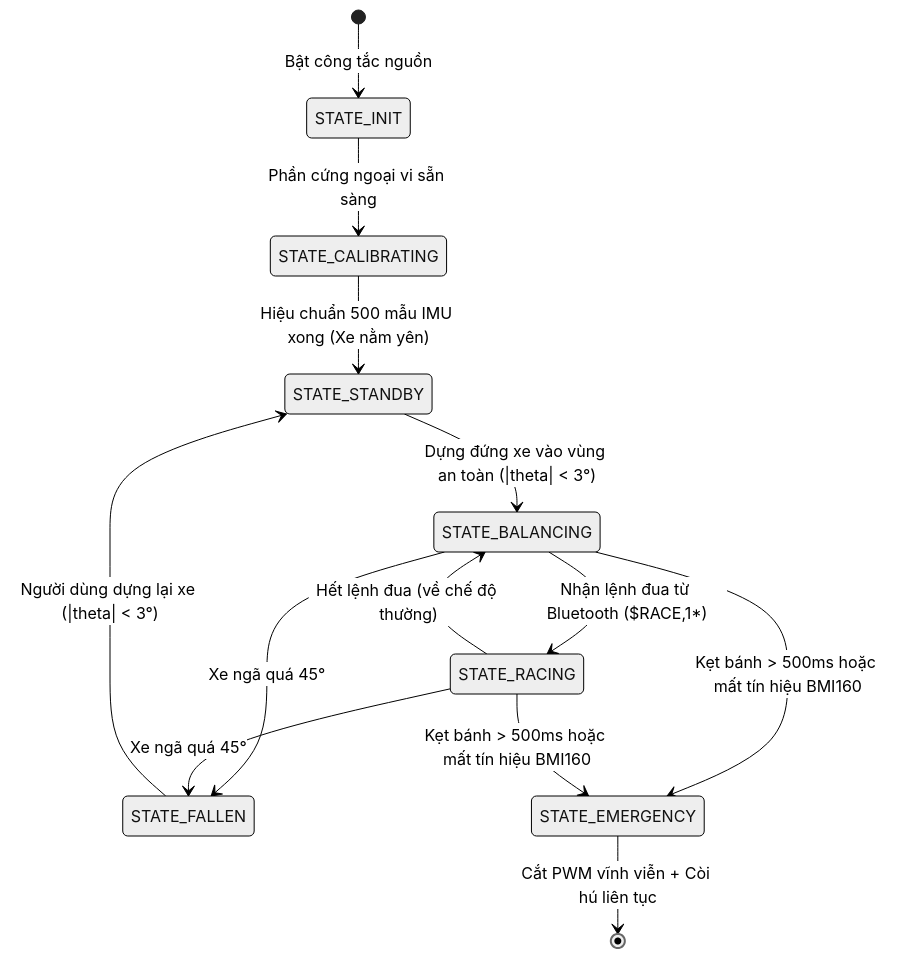
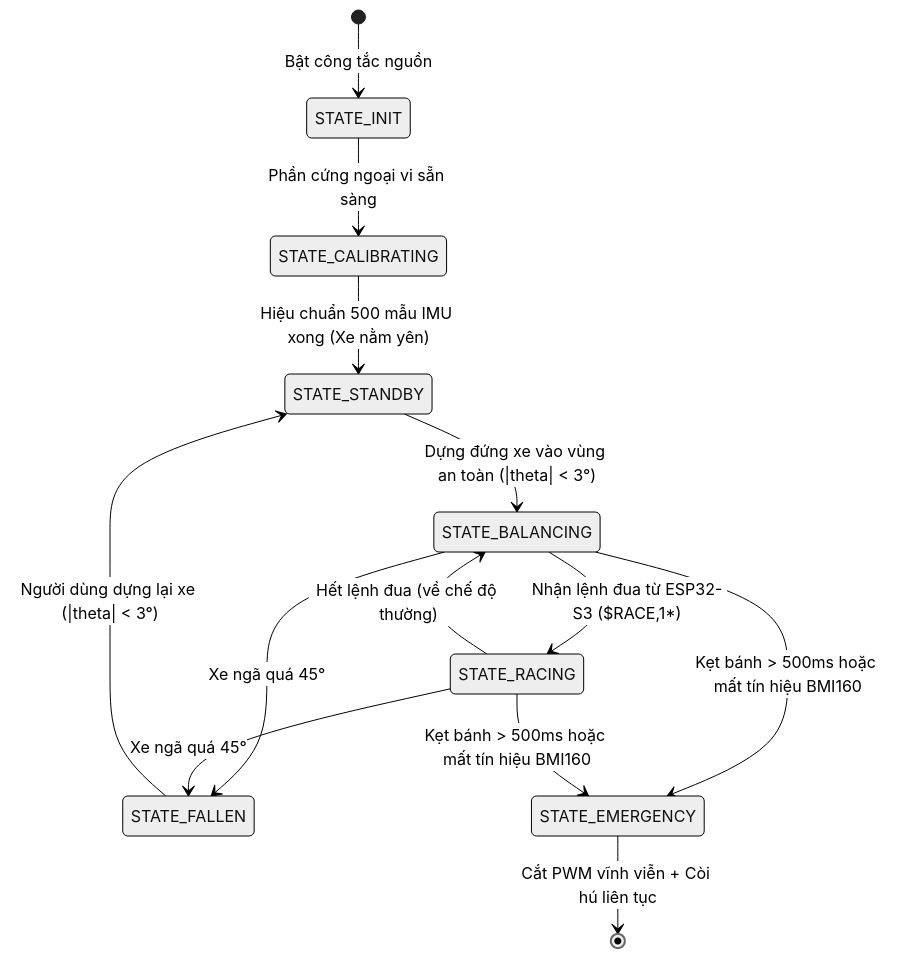
One commit to Donien-mixi/CE224 changed the second of 2 diagrams in Cau_Truc_DA.md. Above: the diagram before and after it, drawn with Mermaid (neutral theme). The commit also changed other lines of this file and 249 other files, not shown here.

````diff
--- a/Cau_Truc_DA.md
+++ b/Cau_Truc_DA.md
@@ -204,18 +208,18 @@
 ```mermaid
 stateDiagram-v2
     [*] --> STATE_INIT : Bật công tắc nguồn
     STATE_INIT --> STATE_CALIBRATING : Phần cứng ngoại vi sẵn sàng
     STATE_CALIBRATING --> STATE_STANDBY : Hiệu chuẩn 500 mẫu IMU xong (Xe nằm yên)
     STATE_STANDBY --> STATE_BALANCING : Dựng đứng xe vào vùng an toàn (|theta| < 3°)
     
-    STATE_BALANCING --> STATE_RACING : Nhận lệnh đua từ Bluetooth ($RACE,1*)
+    STATE_BALANCING --> STATE_RACING : Nhận lệnh đua từ ESP32-S3 ($RACE,1*)
     STATE_RACING --> STATE_BALANCING : Hết lệnh đua (về chế độ thường)
     
     STATE_BALANCING --> STATE_FALLEN : Xe ngã quá 45°
     STATE_RACING --> STATE_FALLEN : Xe ngã quá 45°
     STATE_FALLEN --> STATE_STANDBY : Người dùng dựng lại xe (|theta| < 3°)
     
     STATE_BALANCING --> STATE_EMERGENCY : Kẹt bánh > 500ms hoặc mất tín hiệu BMI160
     STATE_RACING --> STATE_EMERGENCY : Kẹt bánh > 500ms hoặc mất tín hiệu BMI160
     STATE_EMERGENCY --> [*] : Cắt PWM vĩnh viễn + Còi hú liên tục
 ```
````
